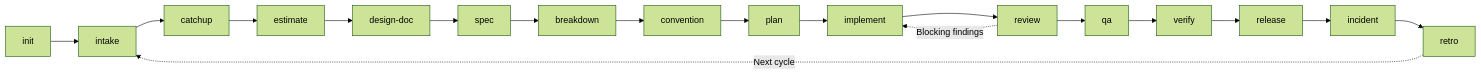
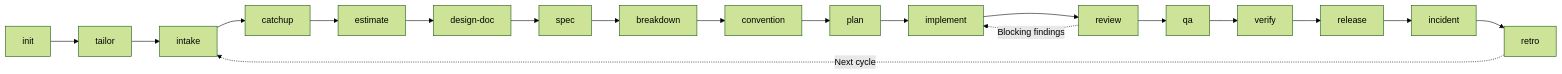
The diagram in README.md (lamngockhuong/aiteamkit), drawn with Mermaid (forest theme) before and after one commit. The commit also changed other lines of this file and 56 other files, not shown here.

````diff
--- a/README.md
+++ b/README.md
@@ -15,9 +15,9 @@
 ```mermaid
 flowchart LR
-    I["init"] --> IN["intake"] --> C["catchup"] --> E["estimate"]
+    I["init"] --> T["tailor"] --> IN["intake"] --> C["catchup"] --> E["estimate"]
     E --> D["design-doc"] --> SP["spec"] --> B["breakdown"] --> CV["convention"] --> P["plan"]
     P --> IM["implement"] --> R["review"] --> Q["qa"] --> V["verify"] --> RL["release"]
     R -.->|Blocking findings| IM
     RL --> IC["incident"] --> RT["retro"]
     RT -.->|Next cycle| IN
 ```
````
